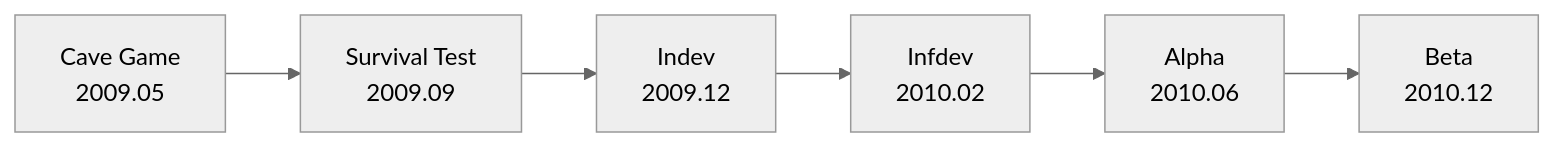
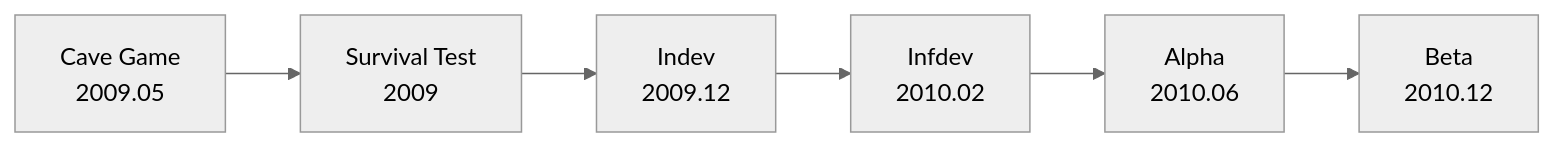
Before and after one commit to Dreamtowards/Thinking-In-Minecraft: the diagram in docs/history/(part1)/alpha.mdx, drawn with Mermaid (neutral theme). The commit also changed other lines of this file and 1 other file, not shown here.

Commit message:
公开开发：从 Survival Test 到 Alpha

````diff
--- a/docs/history/(part1)/alpha.mdx
+++ b/docs/history/(part1)/alpha.mdx
@@ -34,4 +46,4 @@
 ```mermaid
 flowchart LR
-    A["Cave Game<br/>2009.05"] --> B["Survival Test<br/>2009.09"] --> C["Indev<br/>2009.12"] --> D["Infdev<br/>2010.02"] --> E["Alpha<br/>2010.06"] --> F["Beta<br/>2010.12"]
+    A["Cave Game<br/>2009.05"] --> B["Survival Test<br/>2009"] --> C["Indev<br/>2009.12"] --> D["Infdev<br/>2010.02"] --> E["Alpha<br/>2010.06"] --> F["Beta<br/>2010.12"]
 ```
````
